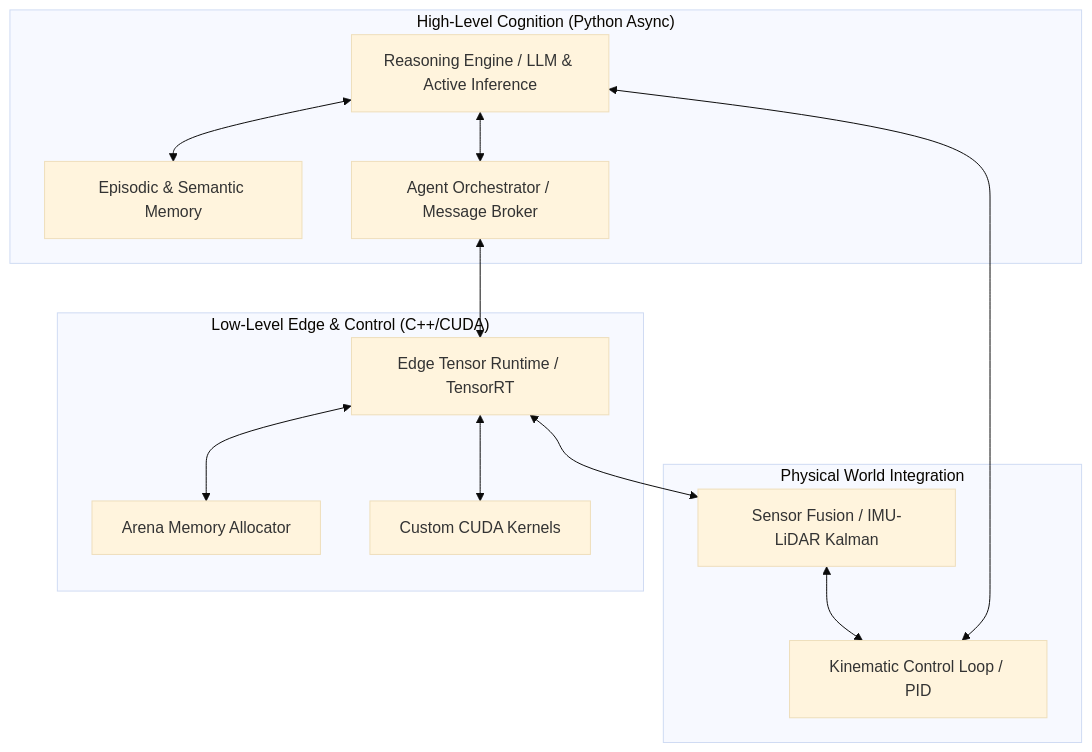
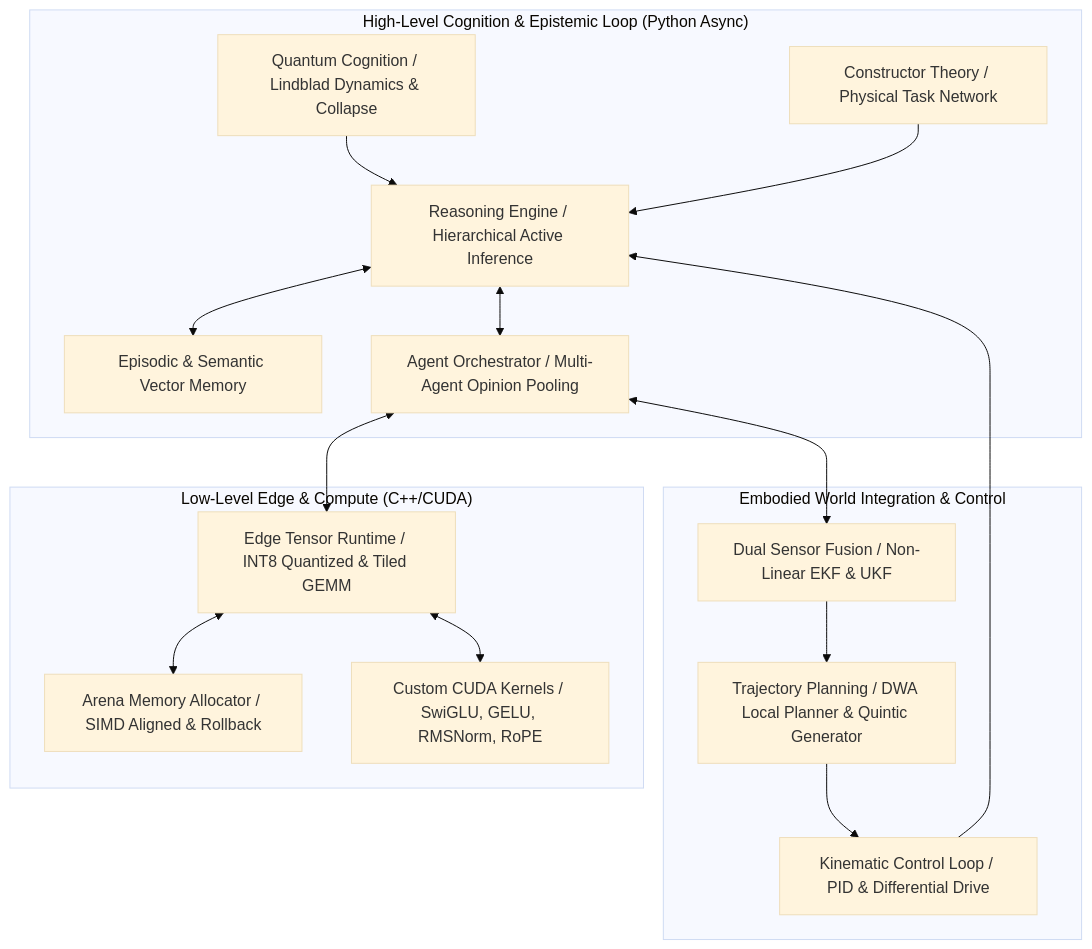
One commit to bahattinyunus/arat-agi-research changed the diagram in docs/system_architecture.md. Above: the diagram before and after it, drawn with Mermaid (base theme). The commit also changed other lines of this file and 26 other files, not shown here.

Commit message:
feat: implement quantum cognition, constructor theory task networks, UKF sensor fusion, and DWA trajectory planning

````diff
--- a/docs/system_architecture.md
+++ b/docs/system_architecture.md
@@ -13,31 +13,38 @@
 ```mermaid
 graph TD
     %% High-level Cognition (Python)
-    subgraph Cognition ["High-Level Cognition (Python Async)"]
-        RE[Reasoning Engine / LLM & Active Inference]
-        EM[Episodic & Semantic Memory]
-        AO[Agent Orchestrator / Message Broker]
+    subgraph Cognition ["High-Level Cognition & Epistemic Loop (Python Async)"]
+        QC[Quantum Cognition / Lindblad Dynamics & Collapse]
+        CT[Constructor Theory / Physical Task Network]
+        RE[Reasoning Engine / Hierarchical Active Inference]
+        EM[Episodic & Semantic Vector Memory]
+        AO[Agent Orchestrator / Multi-Agent Opinion Pooling]
     end
 
     %% Low-level Edge & Control (C++ / CUDA)
-    subgraph Edge ["Low-Level Edge & Control (C++/CUDA)"]
-        TR[Edge Tensor Runtime / TensorRT]
-        AA[Arena Memory Allocator]
-        CK[Custom CUDA Kernels]
+    subgraph Edge ["Low-Level Edge & Compute (C++/CUDA)"]
+        TR[Edge Tensor Runtime / INT8 Quantized & Tiled GEMM]
+        AA[Arena Memory Allocator / SIMD Aligned & Rollback]
+        CK[Custom CUDA Kernels / SwiGLU, GELU, RMSNorm, RoPE]
     end
 
-    subgraph Physical ["Physical World Integration"]
-        SF[Sensor Fusion / IMU-LiDAR Kalman]
-        KL[Kinematic Control Loop / PID]
+    %% Physical World Integration
+    subgraph Physical ["Embodied World Integration & Control"]
+        SF[Dual Sensor Fusion / Non-Linear EKF & UKF]
+        TP[Trajectory Planning / DWA Local Planner & Quintic Generator]
+        KL[Kinematic Control Loop / PID & Differential Drive]
     end
 
     %% Connections
+    QC --> RE
+    CT --> RE
     RE <--> EM
     RE <--> AO
     AO <--> TR
     TR <--> AA
     TR <--> CK
-    TR <--> SF
-    SF <--> KL
-    KL <--> RE
+    AO <--> SF
+    SF --> TP
+    TP --> KL
+    KL --> RE
 ```
````
